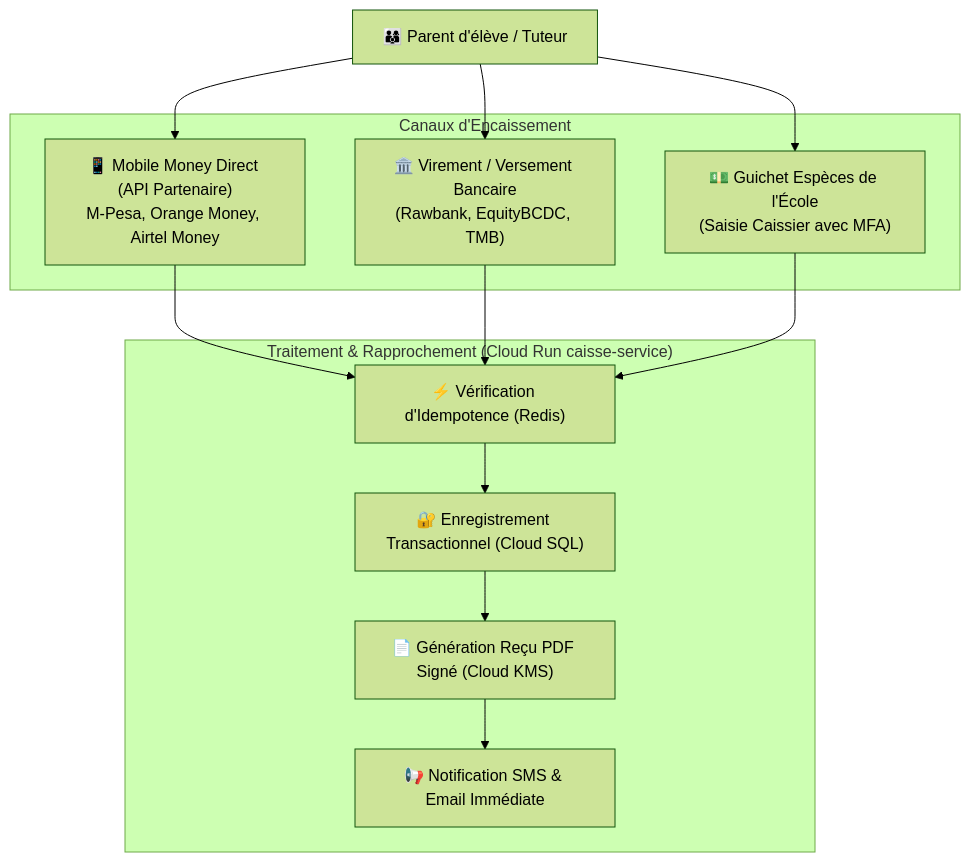
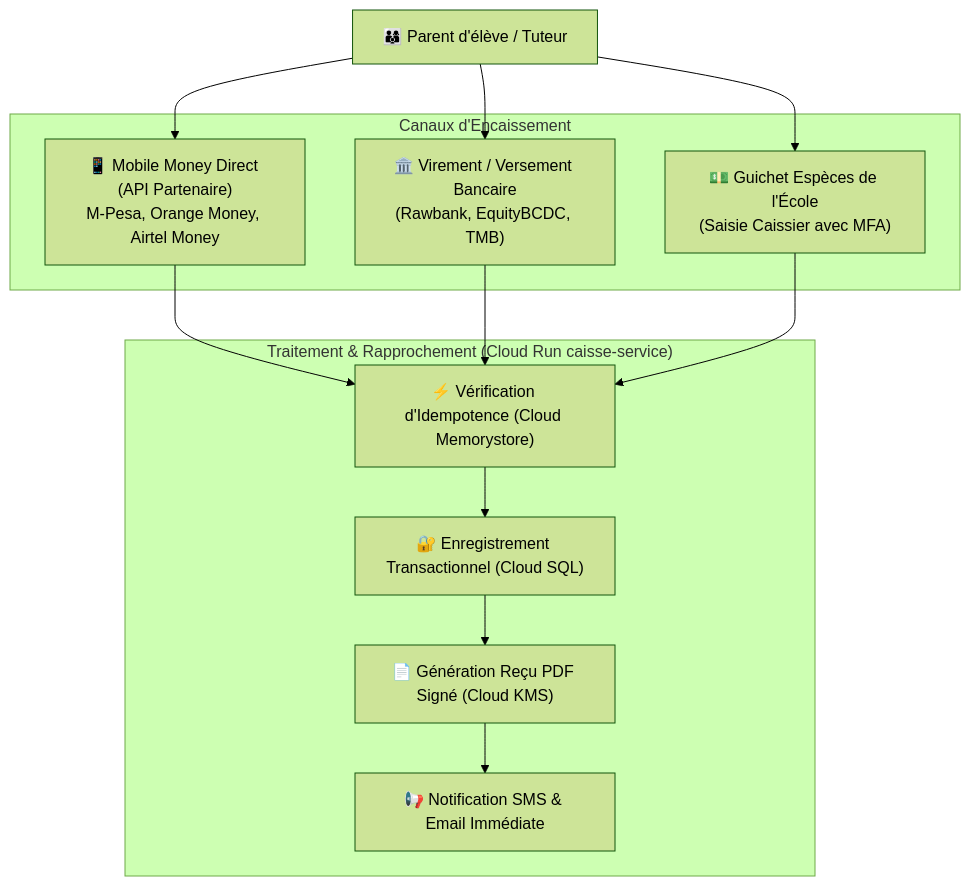
Before and after one commit to Adolphechris/clenel-elysium: the diagram in tome-11/201/README.md, drawn with Mermaid (forest theme). The commit also changed 39 other files, not shown here.

````diff
--- a/tome-11/201/README.md
+++ b/tome-11/201/README.md
@@ -19,20 +19,20 @@
 ```mermaid
 graph TD
     PAYEUR["👨‍👩‍👦 Parent d'élève / Tuteur"]
 
     subgraph "Canaux d'Encaissement"
         MM["📱 Mobile Money Direct (API Partenaire)<br/>M-Pesa, Orange Money, Airtel Money"]
         BANQUE["🏛️ Virement / Versement Bancaire<br/>(Rawbank, EquityBCDC, TMB)"]
         GUICHET["💵 Guichet Espèces de l'École<br/>(Saisie Caissier avec MFA)"]
     end
 
     subgraph "Traitement & Rapprochement (Cloud Run caisse-service)"
-        IDEMP["⚡ Vérification d'Idempotence (Redis)"]
+        IDEMP["⚡ Vérification d'Idempotence (Cloud Memorystore)"]
         TX["🔐 Enregistrement Transactionnel (Cloud SQL)"]
         RECU["📄 Génération Reçu PDF Signé (Cloud KMS)"]
         NOTIF["📢 Notification SMS & Email Immédiate"]
     end
 
     PAYEUR --> MM & BANQUE & GUICHET
     MM & BANQUE & GUICHET --> IDEMP --> TX --> RECU --> NOTIF
 ```
````
